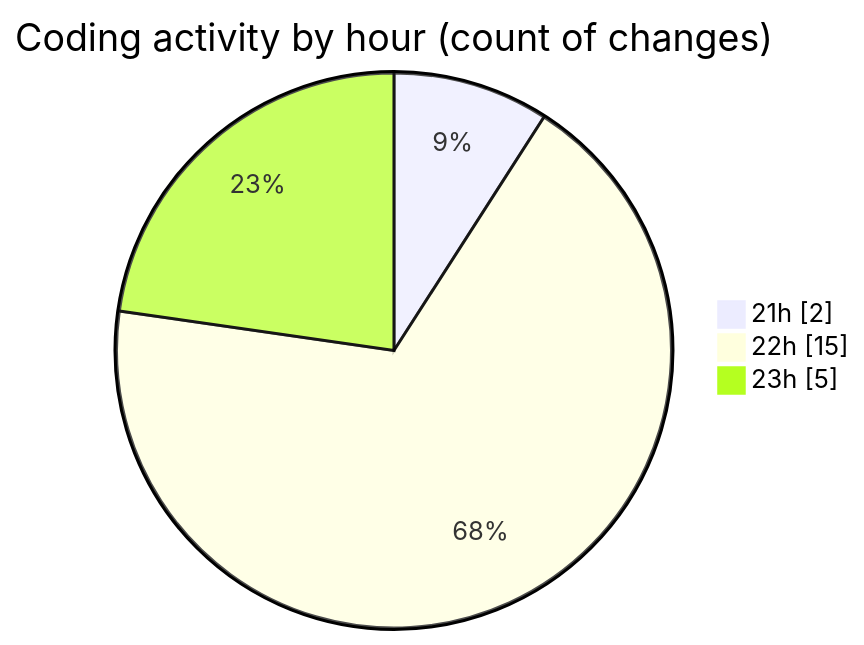
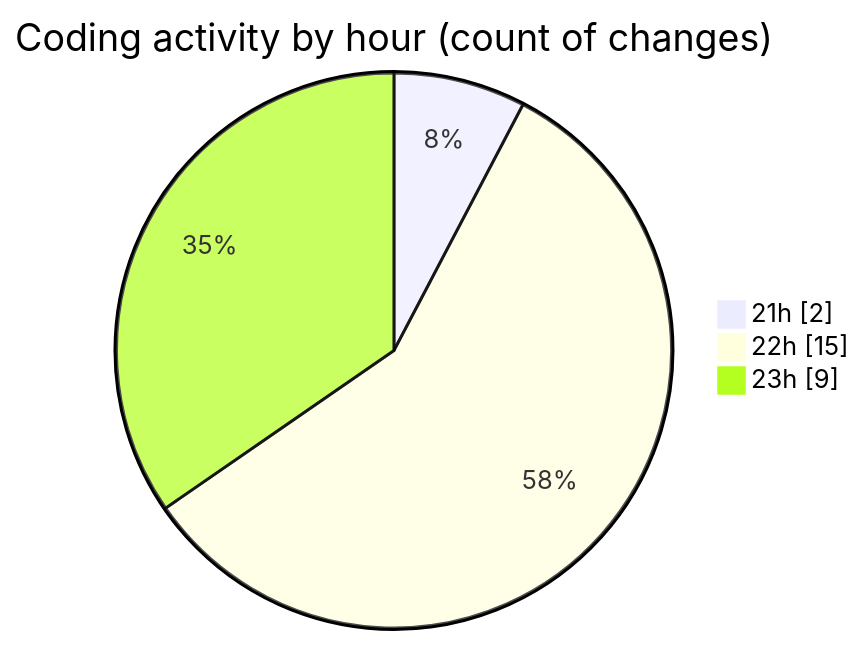
Before and after one commit to Elitesun/code-tracking: the second of 2 diagrams in 2025-02-20/projet/README.md, drawn with Mermaid. The commit also changed other lines of this file and 1 other file, not shown here.

````diff
--- a/2025-02-20/projet/README.md
+++ b/2025-02-20/projet/README.md
@@ -34,7 +36,7 @@
 ```mermaid
 pie showData
 title Coding activity by hour (count of changes)
 "21h" : 2
 "22h" : 15
-"23h" : 5
+"23h" : 9
 ```
````
